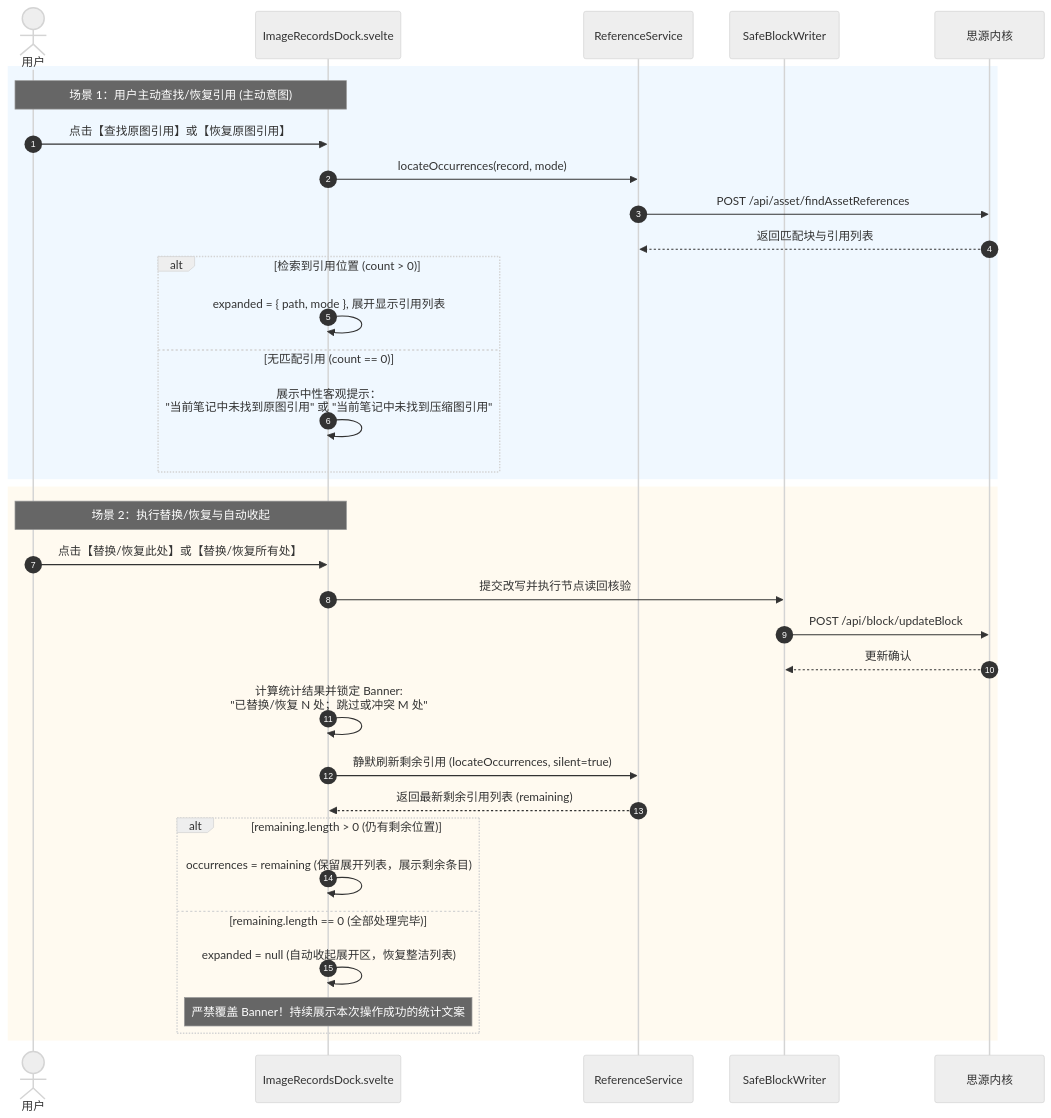
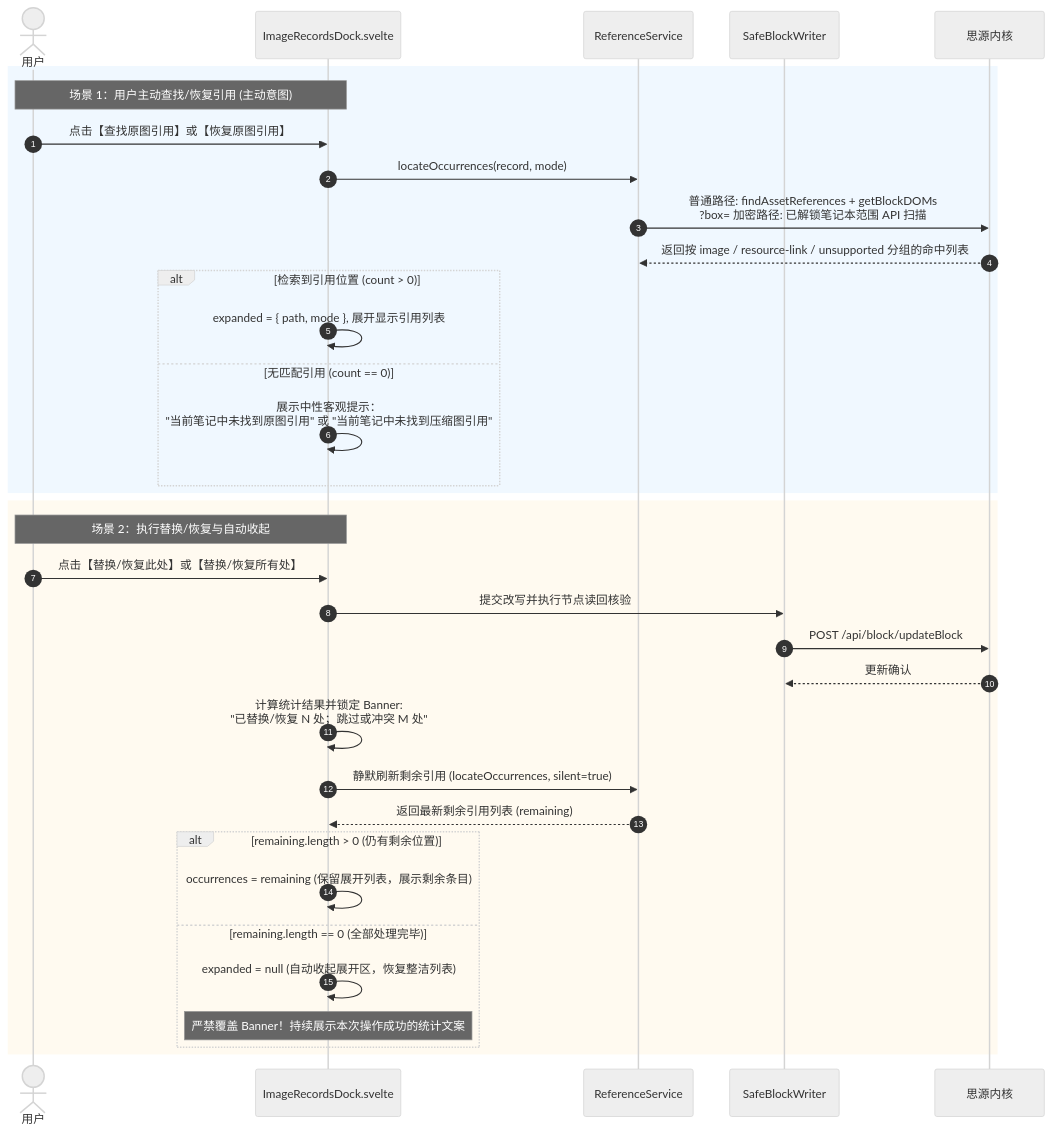
The fourth of 6 diagrams in docs/ARCHITECTURE.md (Forgo7ten/siyuan-plugin-omnikit), drawn with Mermaid (neutral theme) before and after one commit. The commit also changed other lines of this file and 103 other files, not shown here.

Commit message:
fix(core,image,titled-link,build): 对齐Spec修复审计缺口并补全集市preview产物

````diff
--- a/docs/ARCHITECTURE.md
+++ b/docs/ARCHITECTURE.md
@@ -628,39 +627,39 @@
 ```mermaid
 sequenceDiagram
     autonumber
     actor User as 用户
     participant Dock as ImageRecordsDock.svelte
     participant Ref as ReferenceService
     participant Writer as SafeBlockWriter
     participant Host as 思源内核
 
     rect rgb(240, 248, 255)
     Note over User,Dock: 场景 1：用户主动查找/恢复引用 (主动意图)
     User->>Dock: 点击【查找原图引用】或【恢复原图引用】
     Dock->>Ref: locateOccurrences(record, mode)
-    Ref->>Host: POST /api/asset/findAssetReferences
-    Host-->>Ref: 返回匹配块与引用列表
+    Ref->>Host: 普通路径: findAssetReferences + getBlockDOMs<br/>?box= 加密路径: 已解锁笔记本范围 API 扫描
+    Host-->>Ref: 返回按 image / resource-link / unsupported 分组的命中列表
     alt 检索到引用位置 (count > 0)
         Dock->>Dock: expanded = { path, mode }, 展开显示引用列表
     else 无匹配引用 (count == 0)
         Dock->>Dock: 展示中性客观提示：<br/>"当前笔记中未找到原图引用" 或 "当前笔记中未找到压缩图引用"
     end
     end
 
     rect rgb(255, 250, 240)
     Note over User,Dock: 场景 2：执行替换/恢复与自动收起
     User->>Dock: 点击【替换/恢复此处】或【替换/恢复所有处】
     Dock->>Writer: 提交改写并执行节点读回核验
     Writer->>Host: POST /api/block/updateBlock
     Host-->>Writer: 更新确认
     Dock->>Dock: 计算统计结果并锁定 Banner: <br/>"已替换/恢复 N 处；跳过或冲突 M 处"
     Dock->>Ref: 静默刷新剩余引用 (locateOccurrences, silent=true)
     Ref-->>Dock: 返回最新剩余引用列表 (remaining)
     alt remaining.length > 0 (仍有剩余位置)
         Dock->>Dock: occurrences = remaining (保留展开列表，展示剩余条目)
     else remaining.length == 0 (全部处理完毕)
         Dock->>Dock: expanded = null (自动收起展开区，恢复整洁列表)
         Note over Dock: 严禁覆盖 Banner！持续展示本次操作成功的统计文案
     end
     end
 ```
````
